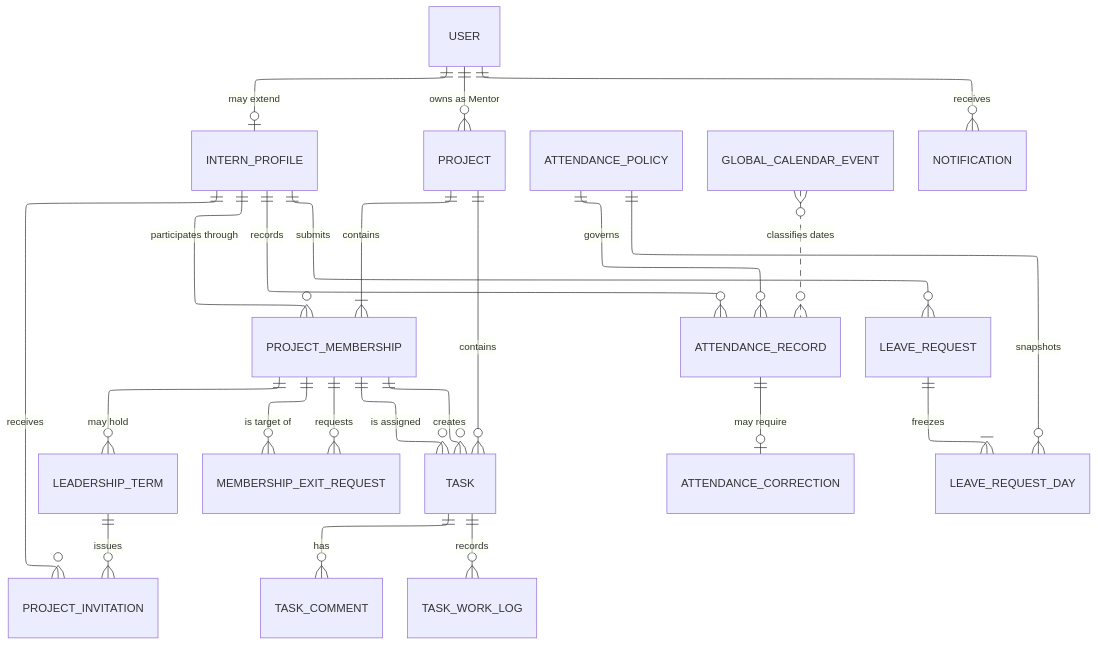
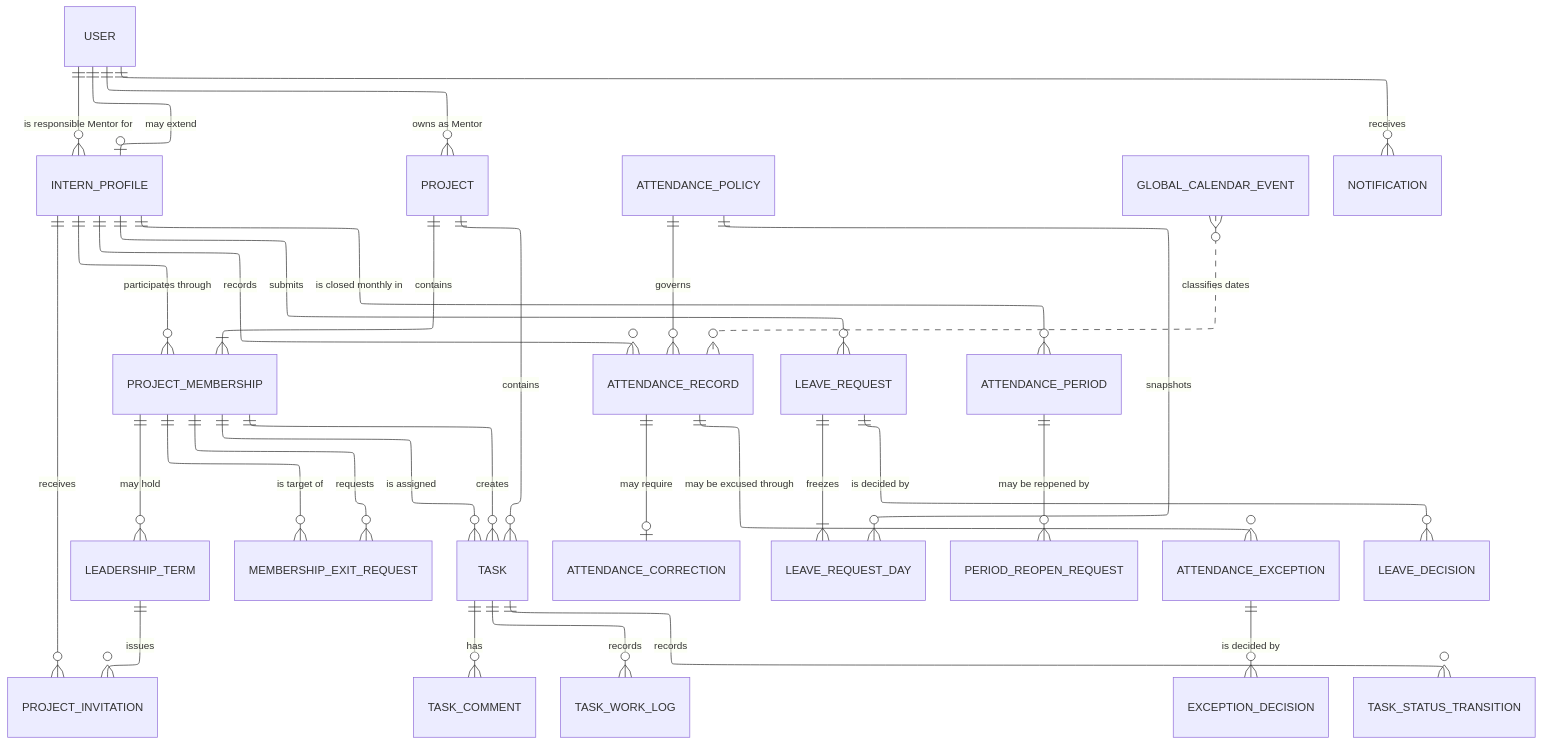
Before and after one commit to Loc-LX/LabTimeSheet: the first of 2 diagrams in .sdd/specs/feature-platform/SPEC.md, drawn with Mermaid. The commit also changed other lines of this file and 10 other files, not shown here.

````diff
--- a/.sdd/specs/feature-platform/SPEC.md
+++ b/.sdd/specs/feature-platform/SPEC.md
@@ -536,29 +534,36 @@
 ```mermaid
 ---
 config:
   layout: elk
 ---
 erDiagram
     USER ||--o| INTERN_PROFILE : "may extend"
     USER ||--o{ PROJECT : "owns as Mentor"
     INTERN_PROFILE ||--o{ PROJECT_MEMBERSHIP : "participates through"
     PROJECT ||--|{ PROJECT_MEMBERSHIP : "contains"
     PROJECT_MEMBERSHIP ||--o{ LEADERSHIP_TERM : "may hold"
     LEADERSHIP_TERM ||--o{ PROJECT_INVITATION : "issues"
     INTERN_PROFILE ||--o{ PROJECT_INVITATION : "receives"
     PROJECT_MEMBERSHIP ||--o{ MEMBERSHIP_EXIT_REQUEST : "requests"
     PROJECT_MEMBERSHIP ||--o{ MEMBERSHIP_EXIT_REQUEST : "is target of"
     PROJECT ||--o{ TASK : "contains"
     PROJECT_MEMBERSHIP ||--o{ TASK : "creates"
     PROJECT_MEMBERSHIP ||--o{ TASK : "is assigned"
     TASK ||--o{ TASK_COMMENT : "has"
     TASK ||--o{ TASK_WORK_LOG : "records"
     ATTENDANCE_POLICY ||--o{ ATTENDANCE_RECORD : "governs"
     INTERN_PROFILE ||--o{ ATTENDANCE_RECORD : "records"
     ATTENDANCE_RECORD ||--o| ATTENDANCE_CORRECTION : "may require"
     INTERN_PROFILE ||--o{ LEAVE_REQUEST : "submits"
     LEAVE_REQUEST ||--|{ LEAVE_REQUEST_DAY : "freezes"
     ATTENDANCE_POLICY ||--o{ LEAVE_REQUEST_DAY : "snapshots"
     GLOBAL_CALENDAR_EVENT }o..o{ ATTENDANCE_RECORD : "classifies dates"
     USER ||--o{ NOTIFICATION : "receives"
+    USER ||--o{ INTERN_PROFILE : "is responsible Mentor for"
+    INTERN_PROFILE ||--o{ ATTENDANCE_PERIOD : "is closed monthly in"
+    ATTENDANCE_PERIOD ||--o{ PERIOD_REOPEN_REQUEST : "may be reopened by"
+    ATTENDANCE_RECORD ||--o{ ATTENDANCE_EXCEPTION : "may be excused through"
+    ATTENDANCE_EXCEPTION ||--o{ EXCEPTION_DECISION : "is decided by"
+    LEAVE_REQUEST ||--o{ LEAVE_DECISION : "is decided by"
+    TASK ||--o{ TASK_STATUS_TRANSITION : "records"
 ```
````
